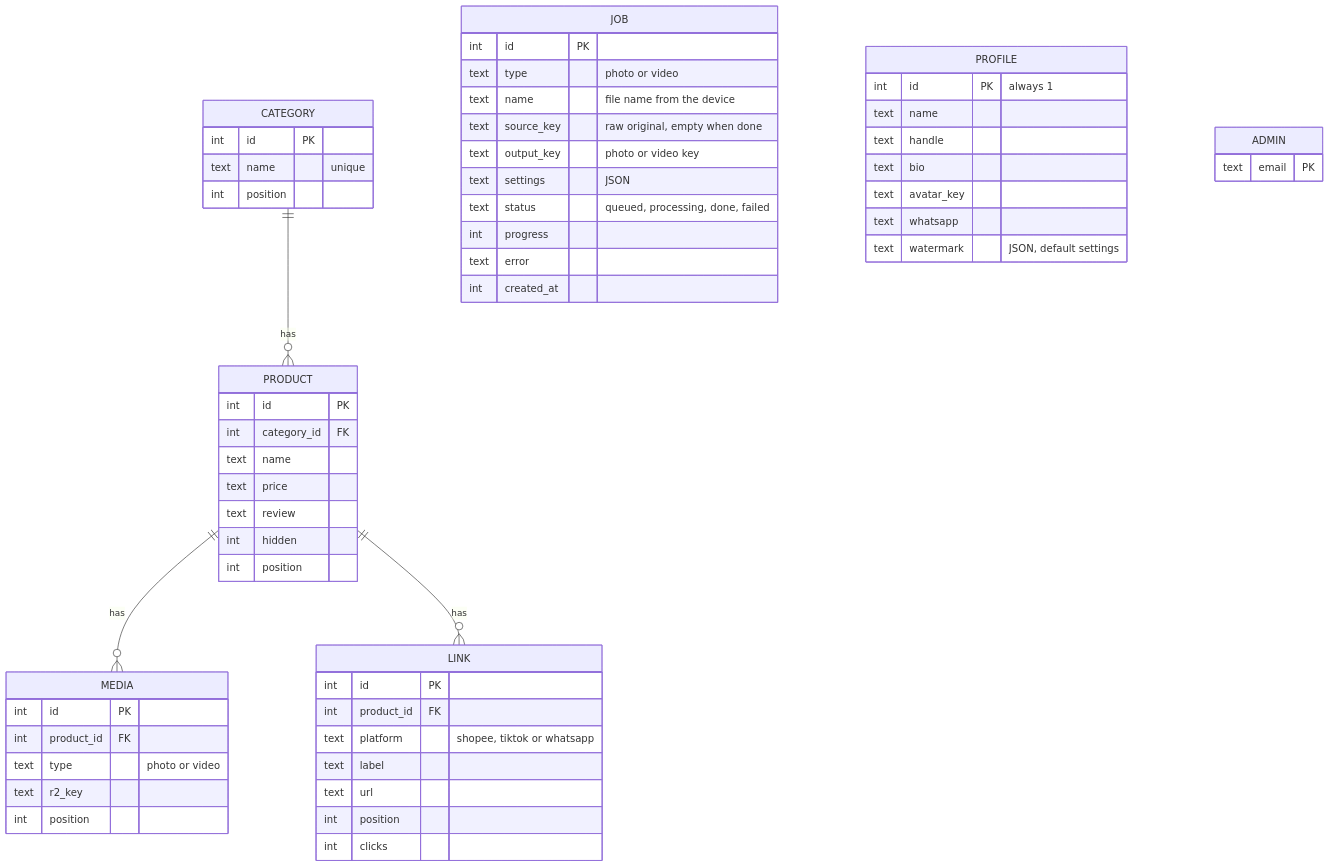
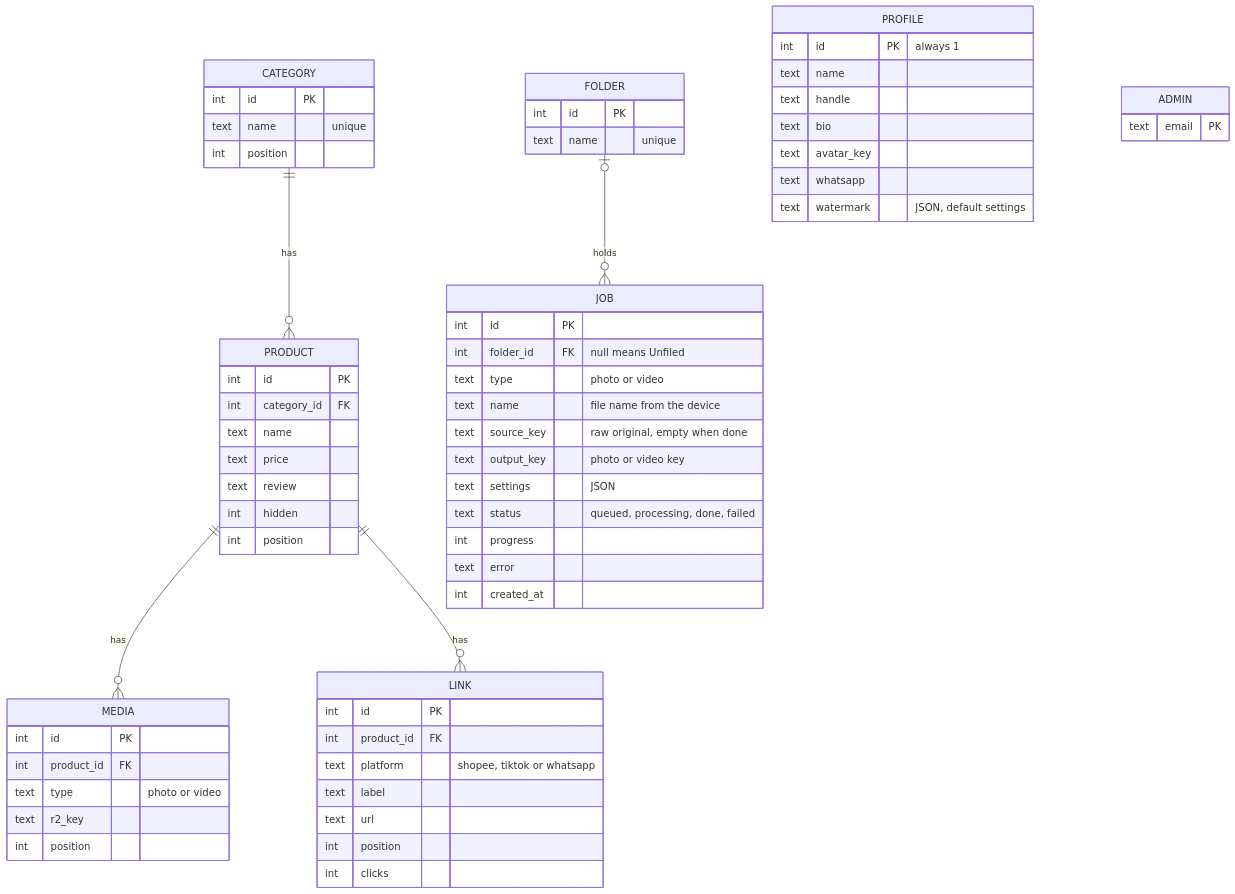
The third of 4 diagrams in docs/PRD.md (amirulhakiim/pqacam), drawn with Mermaid before and after one commit. The commit also changed other lines of this file and 1 other file, not shown here.

Commit message:
docs: document media previewer and folders

````diff
--- a/docs/PRD.md
+++ b/docs/PRD.md
@@ -162,60 +164,66 @@
 ```mermaid
 erDiagram
     CATEGORY ||--o{ PRODUCT : has
     PRODUCT ||--o{ MEDIA : has
     PRODUCT ||--o{ LINK : has
+    FOLDER |o--o{ JOB : holds
+    FOLDER {
+        int id PK
+        text name "unique"
+    }
     JOB {
         int id PK
+        int folder_id FK "null means Unfiled"
         text type "photo or video"
         text name "file name from the device"
         text source_key "raw original, empty when done"
         text output_key "photo or video key"
         text settings "JSON"
         text status "queued, processing, done, failed"
         int progress
         text error
         int created_at
     }
     PROFILE {
         int id PK "always 1"
         text name
         text handle
         text bio
         text avatar_key
         text whatsapp
         text watermark "JSON, default settings"
     }
     CATEGORY {
         int id PK
         text name "unique"
         int position
     }
     PRODUCT {
         int id PK
         int category_id FK
         text name
         text price
         text review
         int hidden
         int position
     }
     LINK {
         int id PK
         int product_id FK
         text platform "shopee, tiktok or whatsapp"
         text label
         text url
         int position
         int clicks
     }
     MEDIA {
         int id PK
         int product_id FK
         text type "photo or video"
         text r2_key
         int position
     }
     ADMIN {
         text email PK
     }
 ```
````
